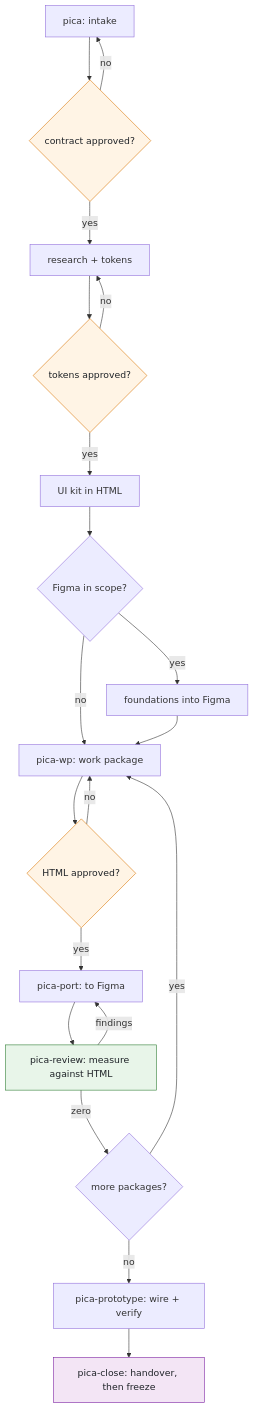
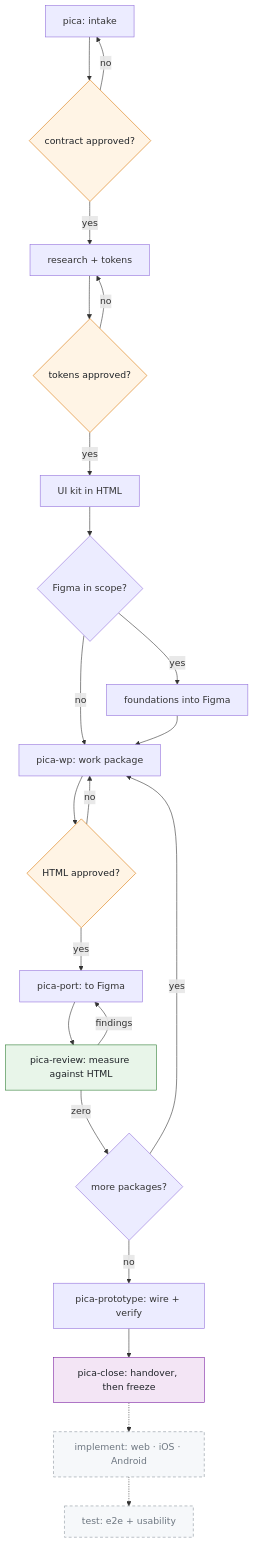
The diagram in README.md (vqdungwork/pica), drawn with Mermaid before and after one commit. The commit also changed other lines of this file and 3 other files, not shown here.

````diff
--- a/README.md
+++ b/README.md
@@ -67,28 +89,32 @@
 ```mermaid
 flowchart TD
     A["pica: intake"] --> B{"contract approved?"}
     B -->|no| A
     B -->|yes| C["research + tokens"]
     C --> D{"tokens approved?"}
     D -->|no| C
     D -->|yes| E["UI kit in HTML"]
     E --> F{"Figma in scope?"}
     F -->|yes| G["foundations into Figma"]
     F -->|no| H
     G --> H["pica-wp: work package"]
     H --> I{"HTML approved?"}
     I -->|no| H
     I -->|yes| J["pica-port: to Figma"]
     J --> K["pica-review: measure against HTML"]
     K -->|findings| J
     K -->|zero| L{"more packages?"}
     L -->|yes| H
     L -->|no| M["pica-prototype: wire + verify"]
     M --> N["pica-close: handover, then freeze"]
+    N -.-> O["implement: web · iOS · Android"]
+    O -.-> P["test: e2e + usability"]
 
     style B fill:#fff4e5,stroke:#d97706,color:#1f2328
     style D fill:#fff4e5,stroke:#d97706,color:#1f2328
     style I fill:#fff4e5,stroke:#d97706,color:#1f2328
     style K fill:#e8f5e9,stroke:#2e7d32,color:#1f2328
     style N fill:#f3e5f5,stroke:#7b1fa2,color:#1f2328
+    style O fill:#f6f8fa,stroke:#8c959f,stroke-dasharray:5 4,color:#6e7781
+    style P fill:#f6f8fa,stroke:#8c959f,stroke-dasharray:5 4,color:#6e7781
 ```
````
